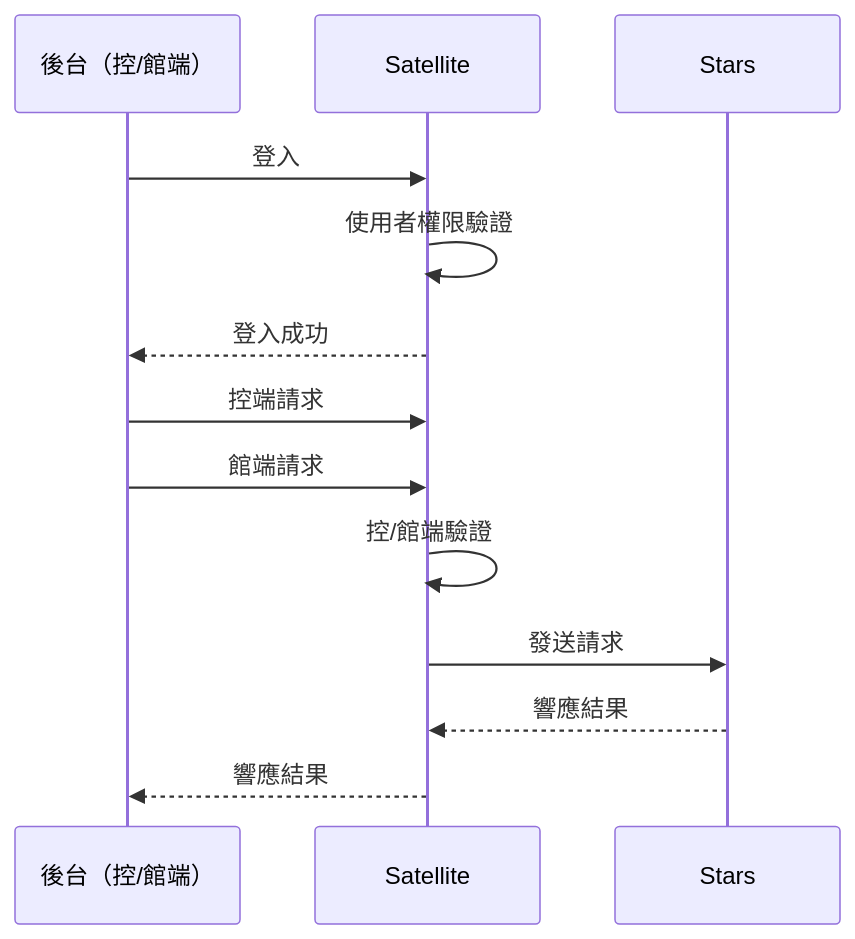
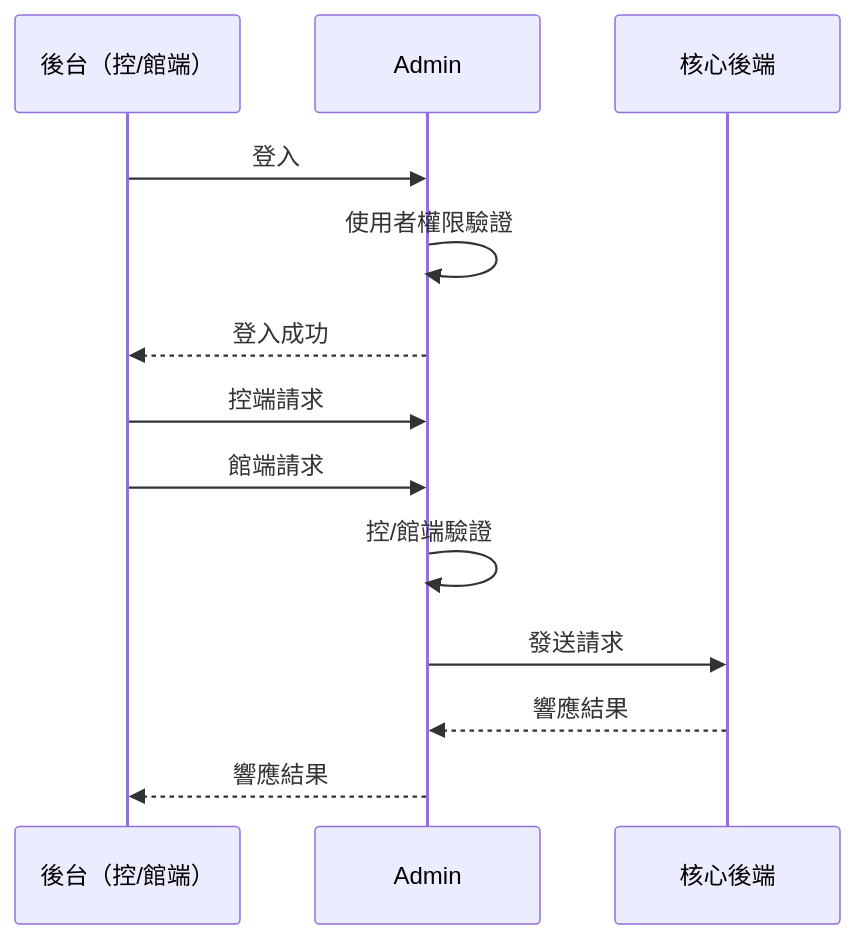
The third of 3 diagrams in prompt_engineering/claude/stars/CLAUDE.md (changgenglu/changgenglu-blog), drawn with Mermaid before and after one commit. The commit also changed other lines of this file and 58 other files, not shown here.

````diff
--- a/prompt_engineering/claude/stars/CLAUDE.md
+++ b/prompt_engineering/claude/stars/CLAUDE.md
@@ -247,19 +248,19 @@
 ```mermaid
 sequenceDiagram
   participant backstageFE as 後台（控/館端）
-  participant Satellite as Satellite
-  participant Stars as Stars
+  participant Admin as Admin
+  participant Core as 核心後端
 
-  backstageFE->>Satellite: 登入
-  Satellite->>Satellite: 使用者權限驗證
-  Satellite-->>backstageFE: 登入成功
+  backstageFE->>Admin: 登入
+  Admin->>Admin: 使用者權限驗證
+  Admin-->>backstageFE: 登入成功
   
-  backstageFE->>Satellite: 控端請求
-  backstageFE->>Satellite: 館端請求
-  Satellite->>Satellite: 控/館端驗證
+  backstageFE->>Admin: 控端請求
+  backstageFE->>Admin: 館端請求
+  Admin->>Admin: 控/館端驗證
   
-  Satellite->>Stars: 發送請求
-  Stars-->>Satellite: 響應結果
+  Admin->>Core: 發送請求
+  Core-->>Admin: 響應結果
   
-  Satellite-->>backstageFE: 響應結果
+  Admin-->>backstageFE: 響應結果
 ```
````
